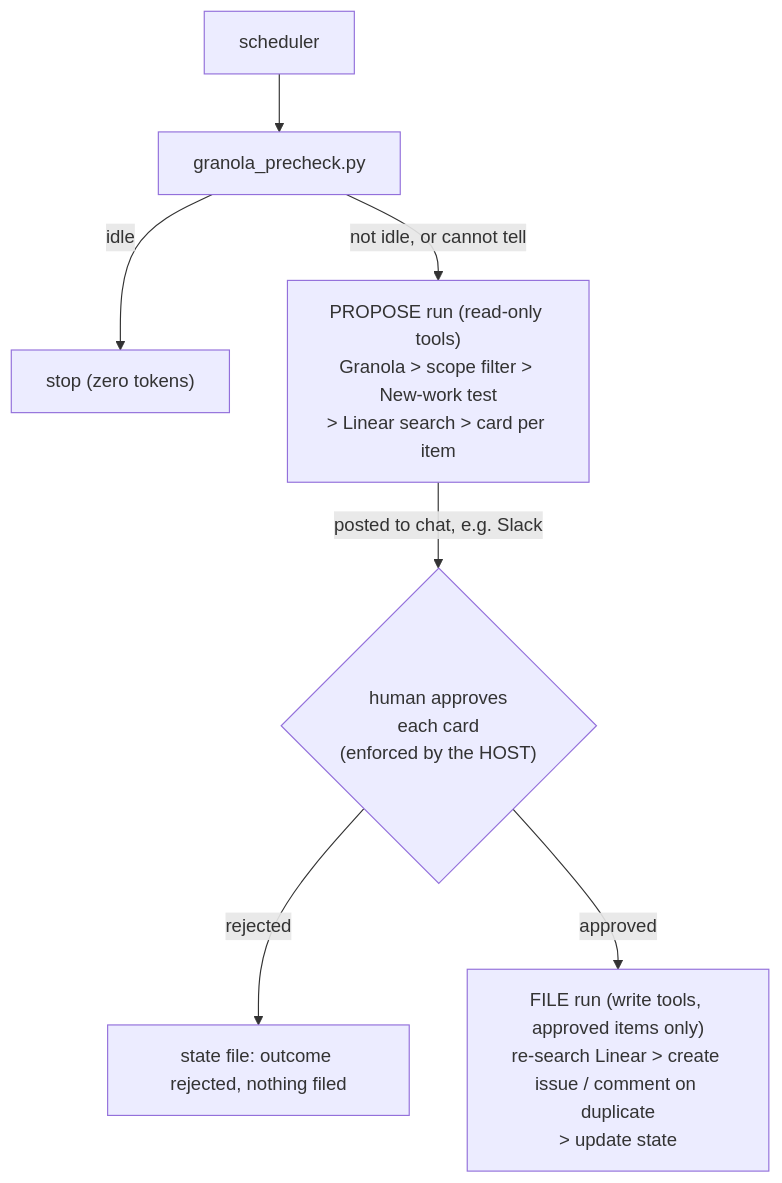
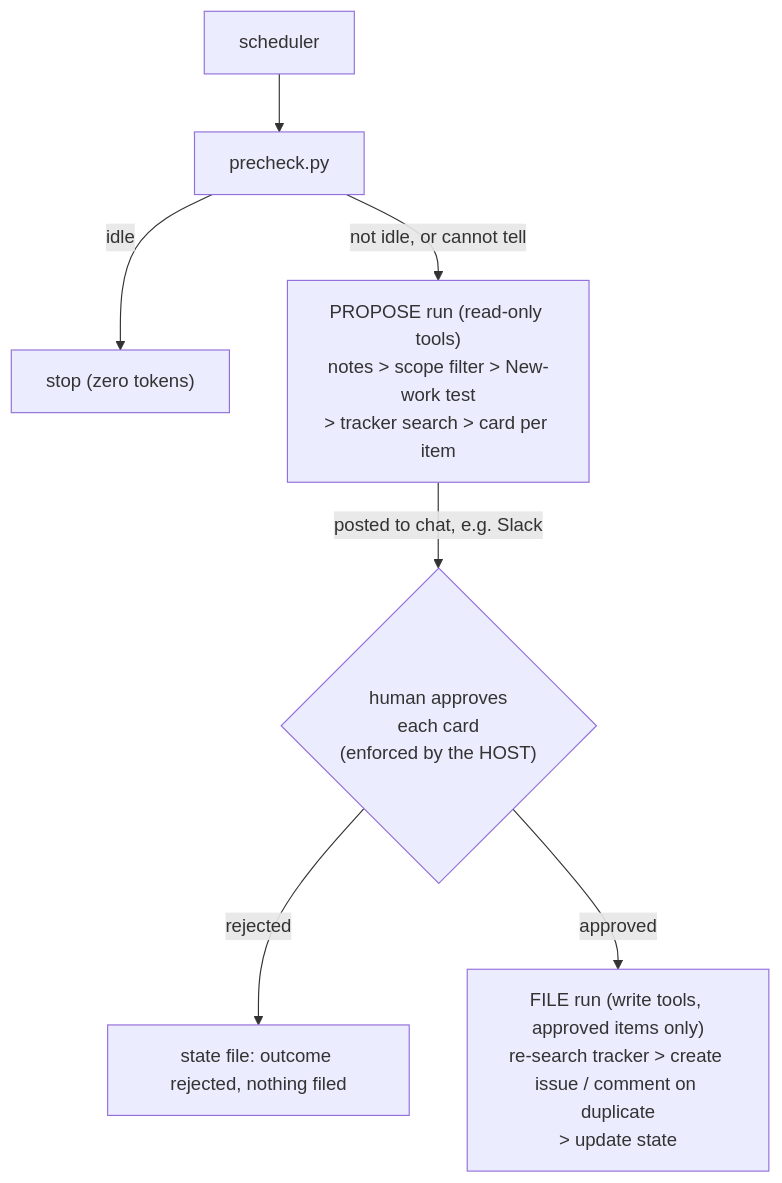
One commit to storra-eng/skills changed the diagram in README.md. Above: the diagram before and after it, drawn with Mermaid. The commit also changed other lines of this file and 1 other file, not shown here.

First line of the commit message:
README: compatibility table for note sources and trackers; drop Linear/Granola-only wording

````diff
--- a/README.md
+++ b/README.md
@@ -35,9 +37,9 @@
 ```mermaid
 flowchart TD
-    Sched["scheduler"] --> Pre["granola_precheck.py"]
+    Sched["scheduler"] --> Pre["precheck.py"]
     Pre -->|"idle"| Stop["stop (zero tokens)"]
-    Pre -->|"not idle, or cannot tell"| Prop["PROPOSE run (read-only tools)<br/>Granola > scope filter > New-work test<br/>> Linear search > card per item"]
+    Pre -->|"not idle, or cannot tell"| Prop["PROPOSE run (read-only tools)<br/>notes > scope filter > New-work test<br/>> tracker search > card per item"]
     Prop -->|"posted to chat, e.g. Slack"| Human{"human approves<br/>each card<br/>(enforced by the HOST)"}
     Human -->|"rejected"| Rec["state file: outcome rejected, nothing filed"]
-    Human -->|"approved"| File["FILE run (write tools, approved items only)<br/>re-search Linear > create issue / comment on duplicate<br/>> update state"]
+    Human -->|"approved"| File["FILE run (write tools, approved items only)<br/>re-search tracker > create issue / comment on duplicate<br/>> update state"]
 ```
````
